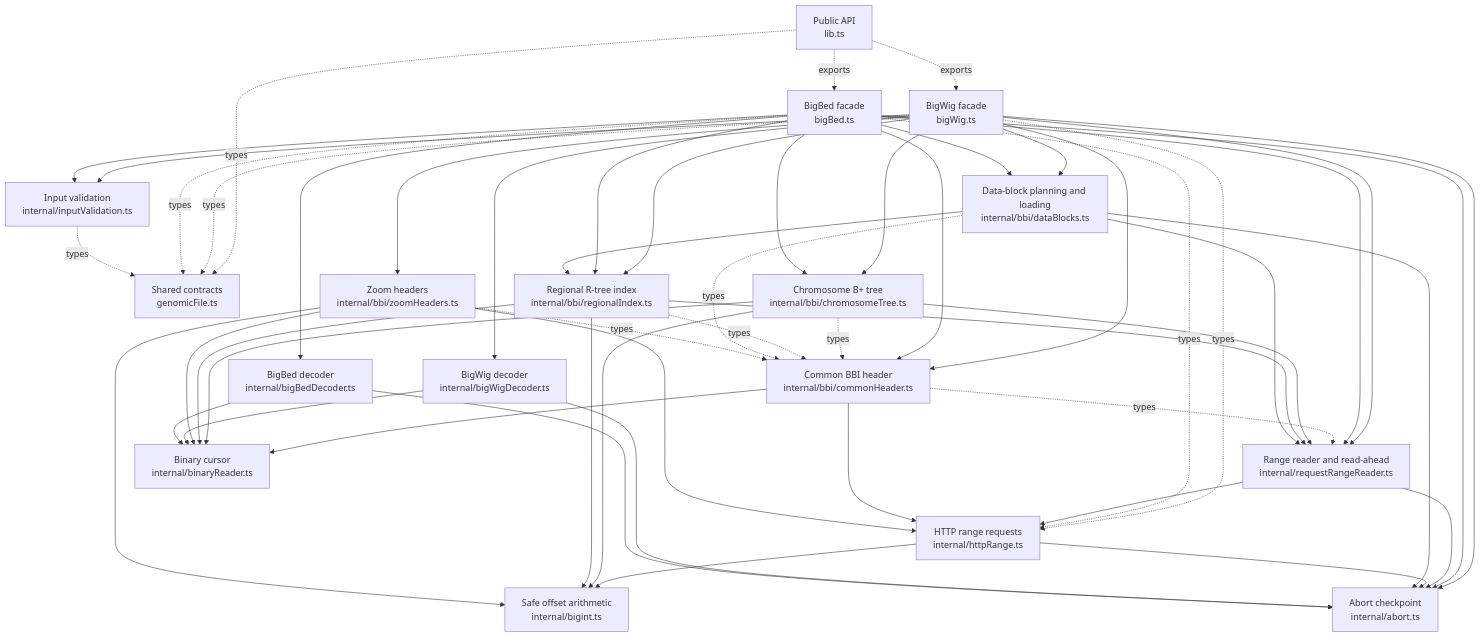
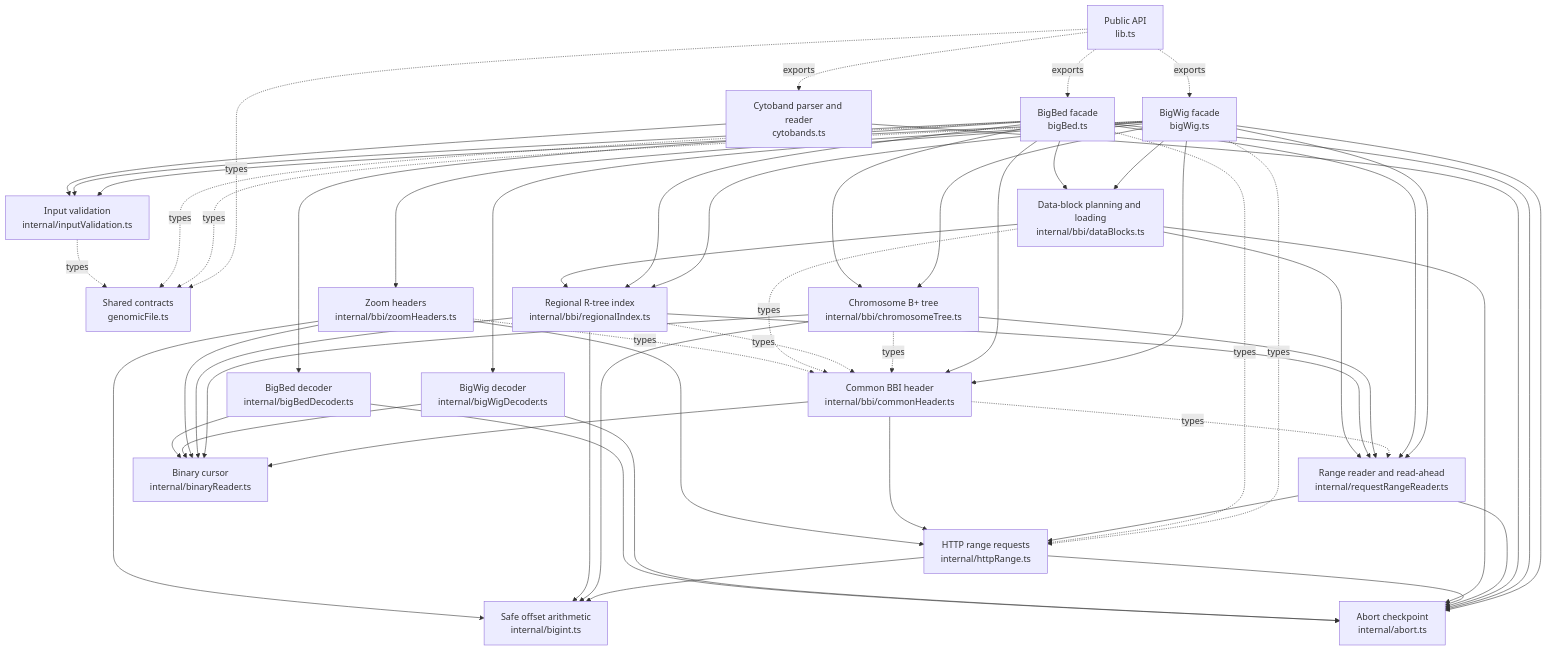
Before and after one commit to weng-lab/genomebrowser: the seventh of 7 diagrams in docs/module-dependencies.md, drawn with Mermaid. The commit also changed other lines of this file and 36 other files, not shown here.

```diff
--- a/docs/module-dependencies.md
+++ b/docs/module-dependencies.md
@@ -404,6 +407,7 @@
   API["Public API<br/>lib.ts"]
   BIGWIG["BigWig facade<br/>bigWig.ts"]
   BIGBED["BigBed facade<br/>bigBed.ts"]
+  CYTO["Cytoband parser and reader<br/>cytobands.ts"]
   CONTRACTS["Shared contracts<br/>genomicFile.ts"]
 
   VALIDATION["Input validation<br/>internal/inputValidation.ts"]
@@ -423,6 +427,7 @@
 
   API -. "exports" .-> BIGWIG
   API -. "exports" .-> BIGBED
+  API -. "exports" .-> CYTO
   API -. "types" .-> CONTRACTS
 
   BIGWIG -. "types" .-> CONTRACTS
@@ -447,6 +452,9 @@
   BIGBED --> BLOCKS
   BIGBED --> BB_DECODER
   BIGBED -. "types" .-> HTTP
+
+  CYTO --> VALIDATION
+  CYTO --> ABORT
 
   VALIDATION -. "types" .-> CONTRACTS
   REQUESTS --> ABORT
```
